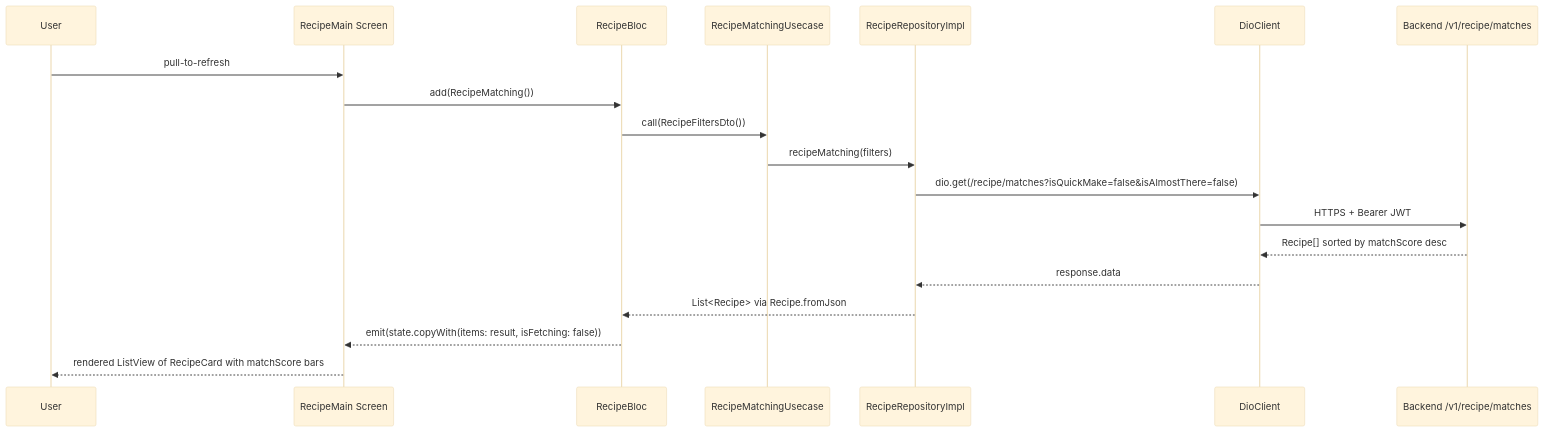
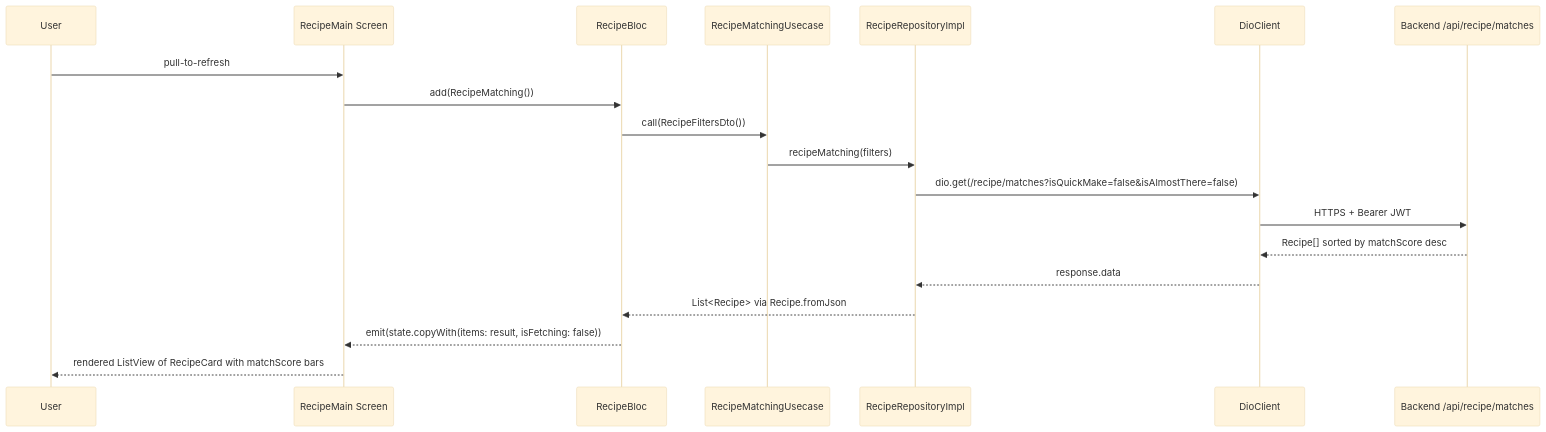
Before and after one commit to blitzy-public-samples/pantry-chef-traditional: the diagram in mobile/lib/features/recipe/README.md, drawn with Mermaid (base theme). The commit also changed other lines of this file and 15 other files, not shown here.

````diff
--- a/mobile/lib/features/recipe/README.md
+++ b/mobile/lib/features/recipe/README.md
@@ -114,21 +90,21 @@
 ```mermaid
 sequenceDiagram
     participant U as User
     participant S as RecipeMain Screen
     participant B as RecipeBloc
     participant UC as RecipeMatchingUsecase
     participant R as RecipeRepositoryImpl
     participant D as DioClient
-    participant API as Backend /v1/recipe/matches
+    participant API as Backend /api/recipe/matches
     U->>S: pull-to-refresh
     S->>B: add(RecipeMatching())
     B->>UC: call(RecipeFiltersDto())
     UC->>R: recipeMatching(filters)
     R->>D: dio.get(/recipe/matches?isQuickMake=false&isAlmostThere=false)
     D->>API: HTTPS + Bearer JWT
     API-->>D: Recipe[] sorted by matchScore desc
     D-->>R: response.data
     R-->>B: List<Recipe> via Recipe.fromJson
     B-->>S: emit(state.copyWith(items: result, isFetching: false))
     S-->>U: rendered ListView of RecipeCard with matchScore bars
 ```
````
